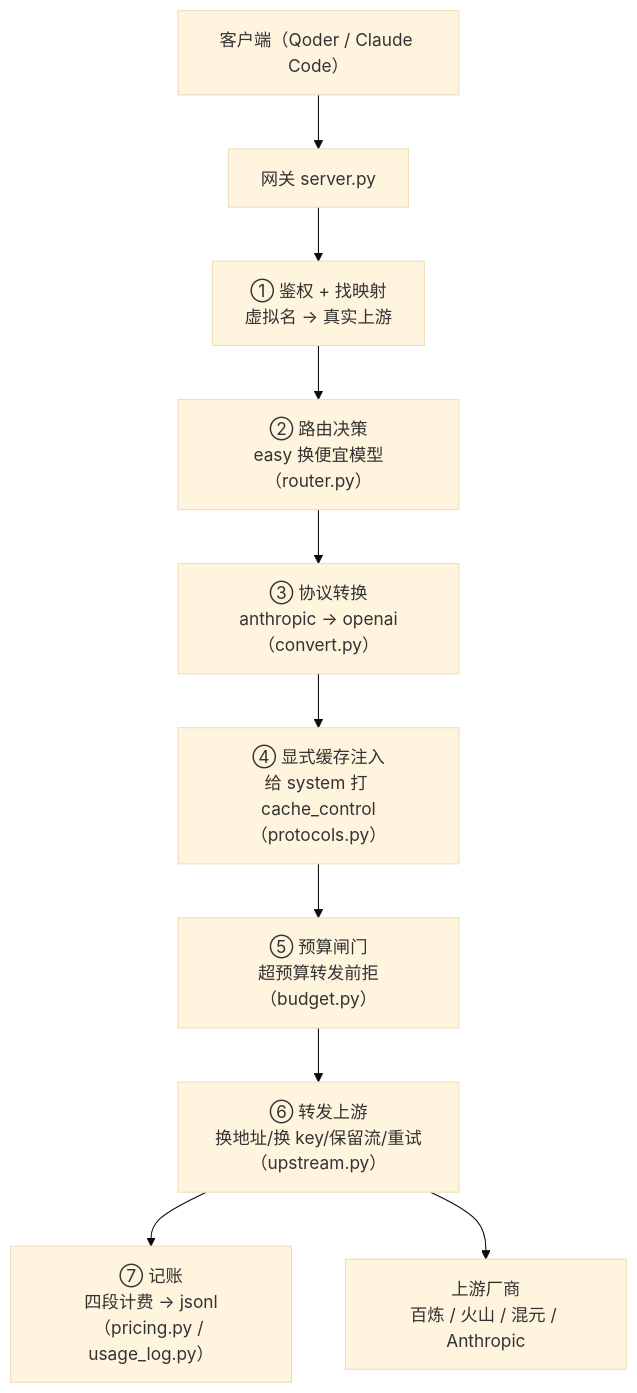
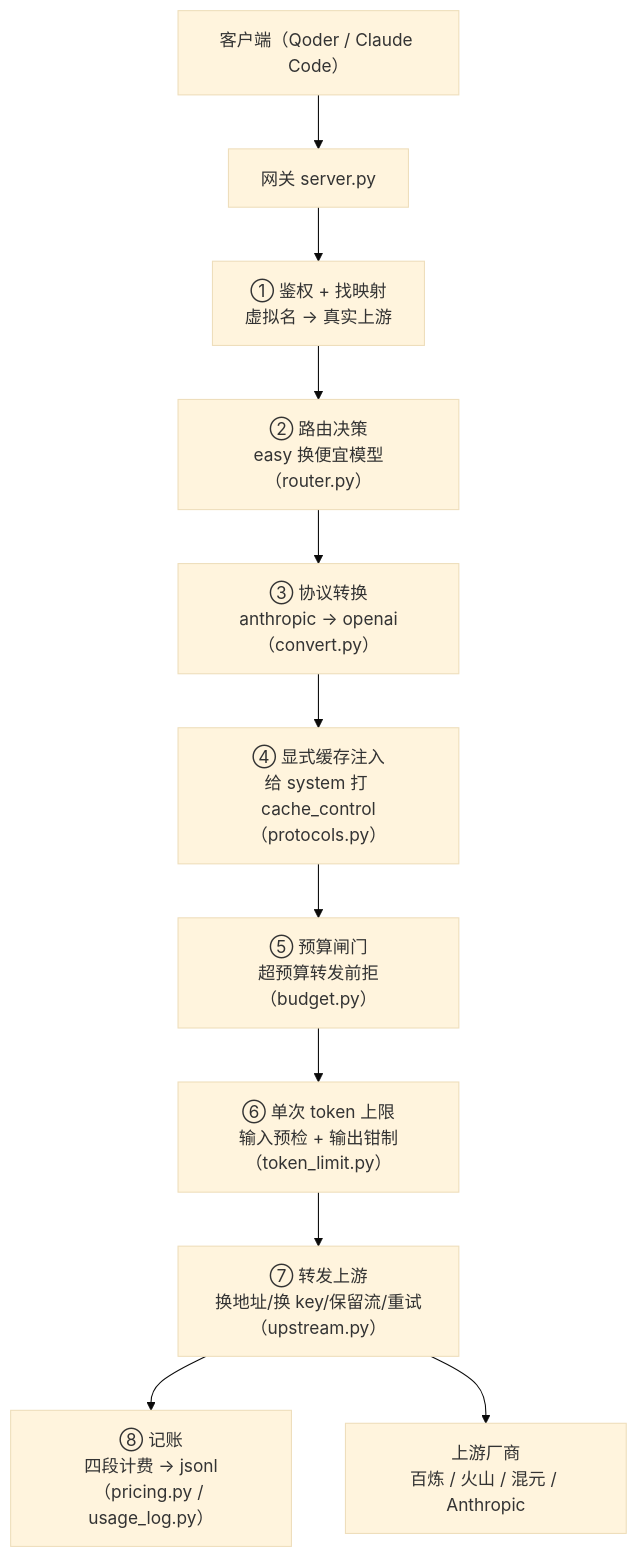
One commit to Chenry-123/llm-token-gateway changed the diagram in README.md. Above: the diagram before and after it, drawn with Mermaid (base theme). The commit also changed other lines of this file and 4 other files, not shown here.

Commit message:
feat: 新增单次请求 token 上限（输入预检 + 输出钳制）

````diff
--- a/README.md
+++ b/README.md
@@ -66,12 +67,13 @@
 ```mermaid
 flowchart TB
     A["客户端（Qoder / Claude Code）"] --> B["网关 server.py"]
     B --> C["① 鉴权 + 找映射<br/>虚拟名 → 真实上游"]
     C --> D["② 路由决策<br/>easy 换便宜模型（router.py）"]
     D --> E["③ 协议转换<br/>anthropic → openai（convert.py）"]
     E --> F["④ 显式缓存注入<br/>给 system 打 cache_control（protocols.py）"]
     F --> G["⑤ 预算闸门<br/>超预算转发前拒（budget.py）"]
-    G --> H["⑥ 转发上游<br/>换地址/换 key/保留流/重试（upstream.py）"]
-    H --> I["⑦ 记账<br/>四段计费 → jsonl（pricing.py / usage_log.py）"]
+    G --> G2["⑥ 单次 token 上限<br/>输入预检 + 输出钳制（token_limit.py）"]
+    G2 --> H["⑦ 转发上游<br/>换地址/换 key/保留流/重试（upstream.py）"]
+    H --> I["⑧ 记账<br/>四段计费 → jsonl（pricing.py / usage_log.py）"]
     H --> J["上游厂商<br/>百炼 / 火山 / 混元 / Anthropic"]
 ```
````
